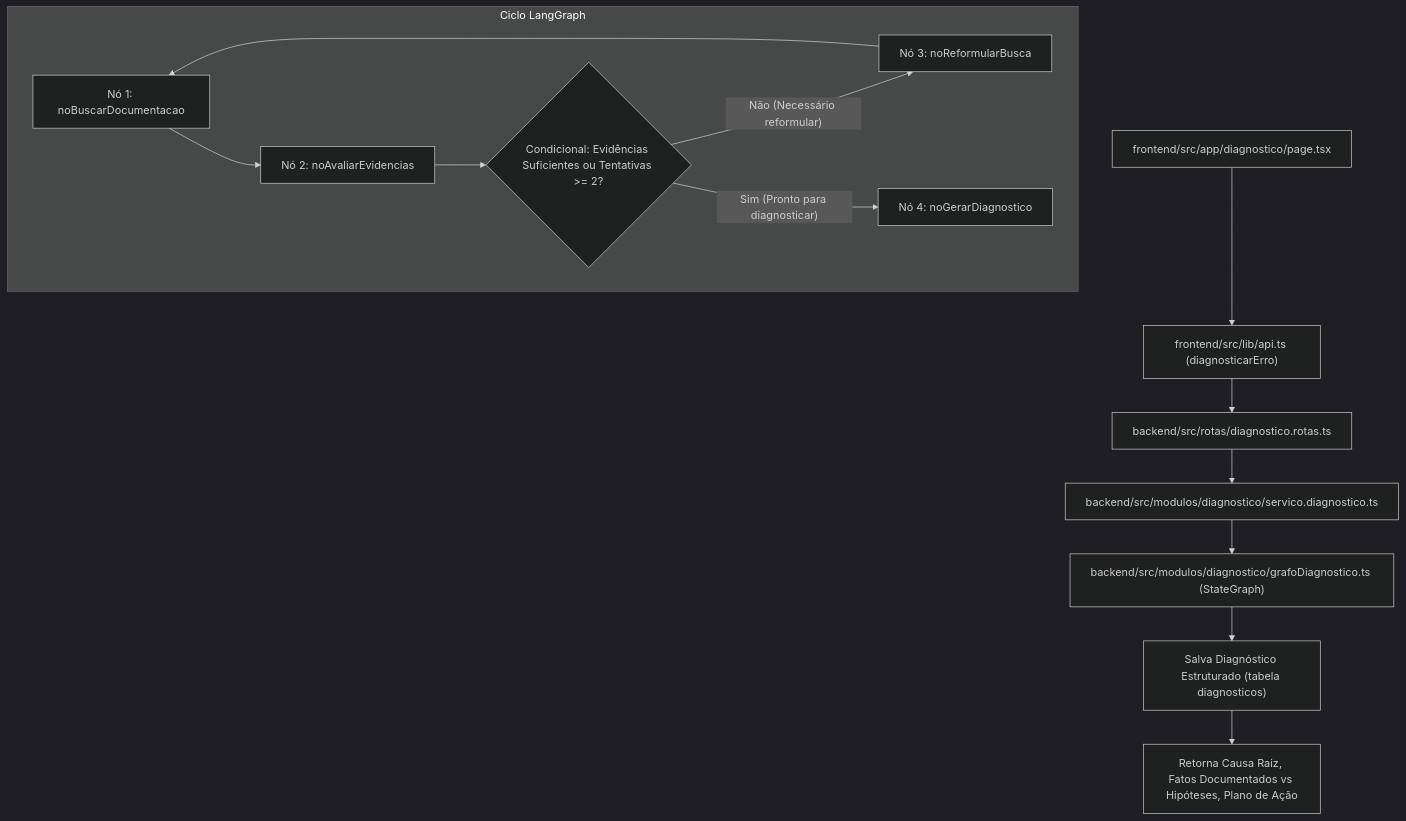
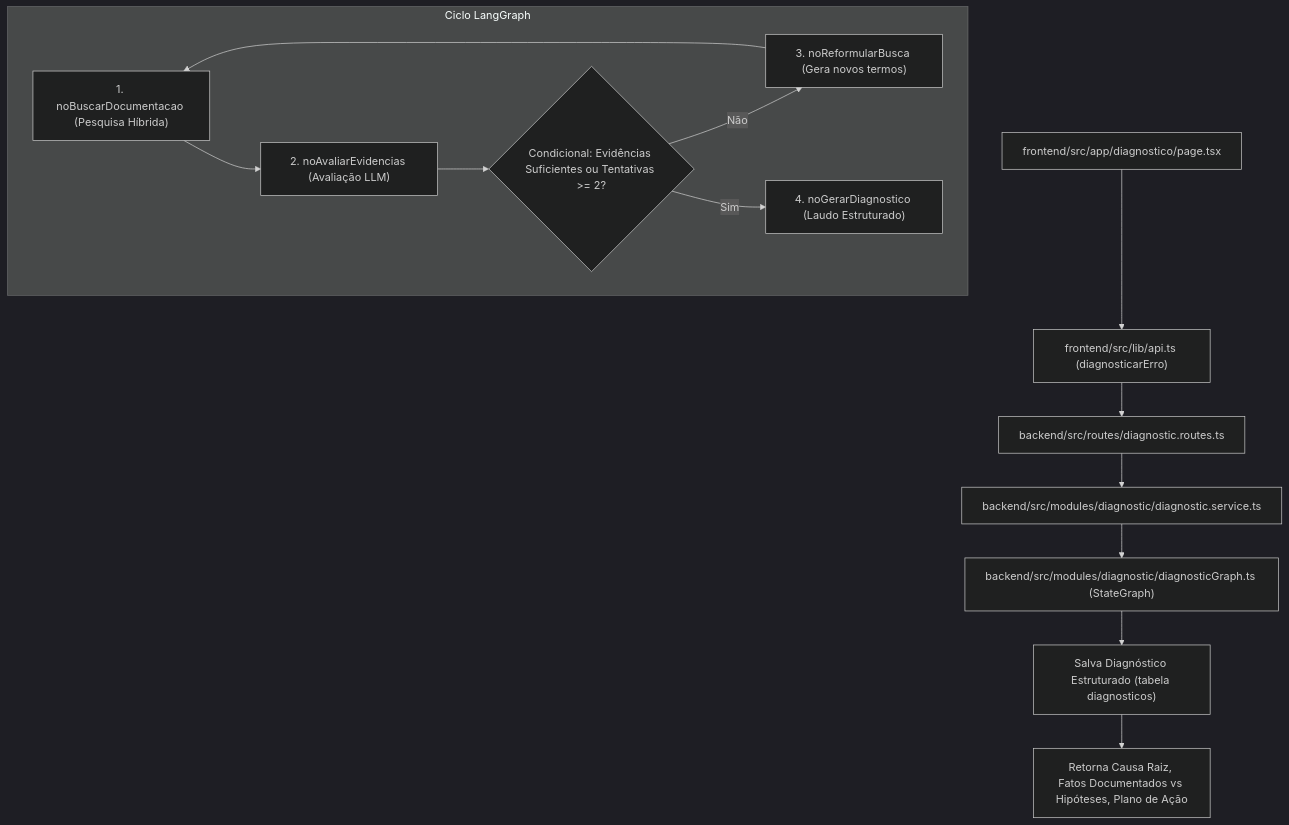
Before and after one commit to MatheusRafaDev/doc-mind: the fourth of 4 diagrams in docs/MAPA_DE_EXECUCAO.md, drawn with Mermaid (dark theme). The commit also changed other lines of this file and 65 other files, not shown here.

Commit message:
refactor: padroniza nomes de arquivos e pastas para o padrao internacional em ingles (config, database, modules, routes, providers, utils, components, types)

````diff
--- a/docs/MAPA_DE_EXECUCAO.md
+++ b/docs/MAPA_DE_EXECUCAO.md
@@ -138,18 +112,18 @@
 ```mermaid
 flowchart TD
     UI["frontend/src/app/diagnostico/page.tsx"] --> API["frontend/src/lib/api.ts (diagnosticarErro)"]
-    API --> ROTA["backend/src/rotas/diagnostico.rotas.ts"]
-    ROTA --> SERV_DIAG["backend/src/modulos/diagnostico/servico.diagnostico.ts"]
-    SERV_DIAG --> GRAFO["backend/src/modulos/diagnostico/grafoDiagnostico.ts (StateGraph)"]
+    API --> ROTA["backend/src/routes/diagnostic.routes.ts"]
+    ROTA --> SERV_DIAG["backend/src/modules/diagnostic/diagnostic.service.ts"]
+    SERV_DIAG --> GRAFO["backend/src/modules/diagnostic/diagnosticGraph.ts (StateGraph)"]
     
     subgraph Ciclo LangGraph
-        N1["Nó 1: noBuscarDocumentacao"] --> N2["Nó 2: noAvaliarEvidencias"]
+        N1["1. noBuscarDocumentacao (Pesquisa Híbrida)"] --> N2["2. noAvaliarEvidencias (Avaliação LLM)"]
         N2 --> COND{"Condicional: Evidências Suficientes ou Tentativas >= 2?"}
-        COND -- "Não (Necessário reformular)" --> N3["Nó 3: noReformularBusca"]
+        COND -- "Não" --> N3["3. noReformularBusca (Gera novos termos)"]
         N3 --> N1
-        COND -- "Sim (Pronto para diagnosticar)" --> N4["Nó 4: noGerarDiagnostico"]
+        COND -- "Sim" --> N4["4. noGerarDiagnostico (Laudo Estruturado)"]
     end
     
     GRAFO --> BANCO["Salva Diagnóstico Estruturado (tabela diagnosticos)"]
     BANCO --> RESPOSTA["Retorna Causa Raiz, Fatos Documentados vs Hipóteses, Plano de Ação"]
 ```
````
